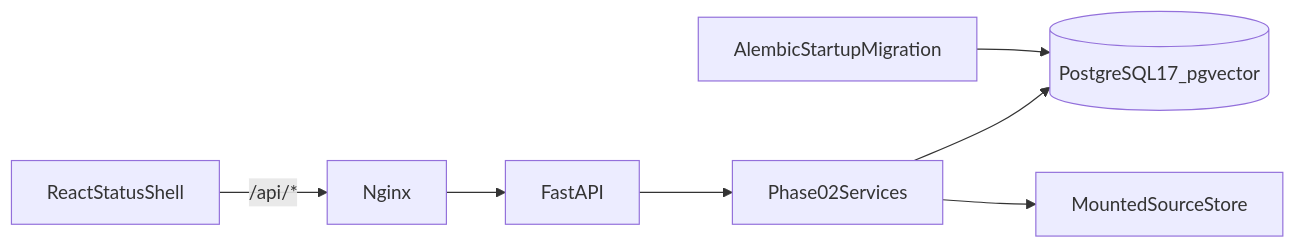
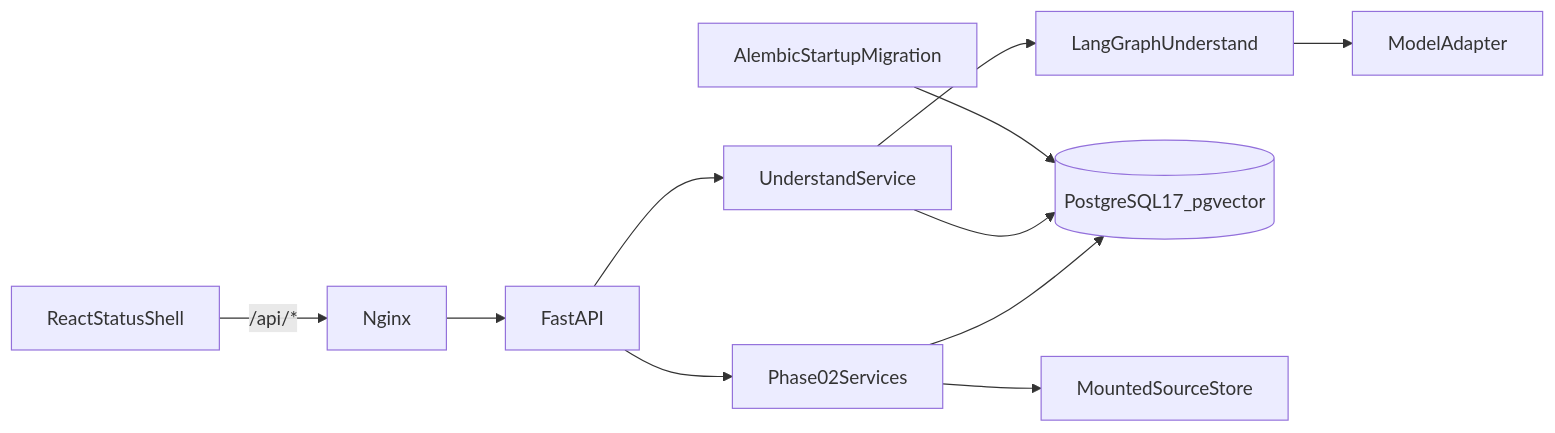
One commit to Rahul9214/doctask-rahul-ranjan changed the first of 5 diagrams in docs/architecture.md. Above: the diagram before and after it, drawn with Mermaid. The commit also changed other lines of this file and 31 other files, not shown here.

````diff
--- a/docs/architecture.md
+++ b/docs/architecture.md
@@ -51,9 +52,13 @@
 ```mermaid
 flowchart LR
     Browser[ReactStatusShell] -->|/api/*| Nginx[Nginx]
     Nginx --> API[FastAPI]
-    API --> Services[Phase02Services]
-    Services --> DB[(PostgreSQL17_pgvector)]
-    Services --> Store[MountedSourceStore]
+    API --> P2[Phase02Services]
+    API --> P3[UnderstandService]
+    P3 --> Graph[LangGraphUnderstand]
+    Graph --> Model[ModelAdapter]
+    P2 --> DB[(PostgreSQL17_pgvector)]
+    P3 --> DB
+    P2 --> Store[MountedSourceStore]
     Alembic[AlembicStartupMigration] --> DB
 ```
````
